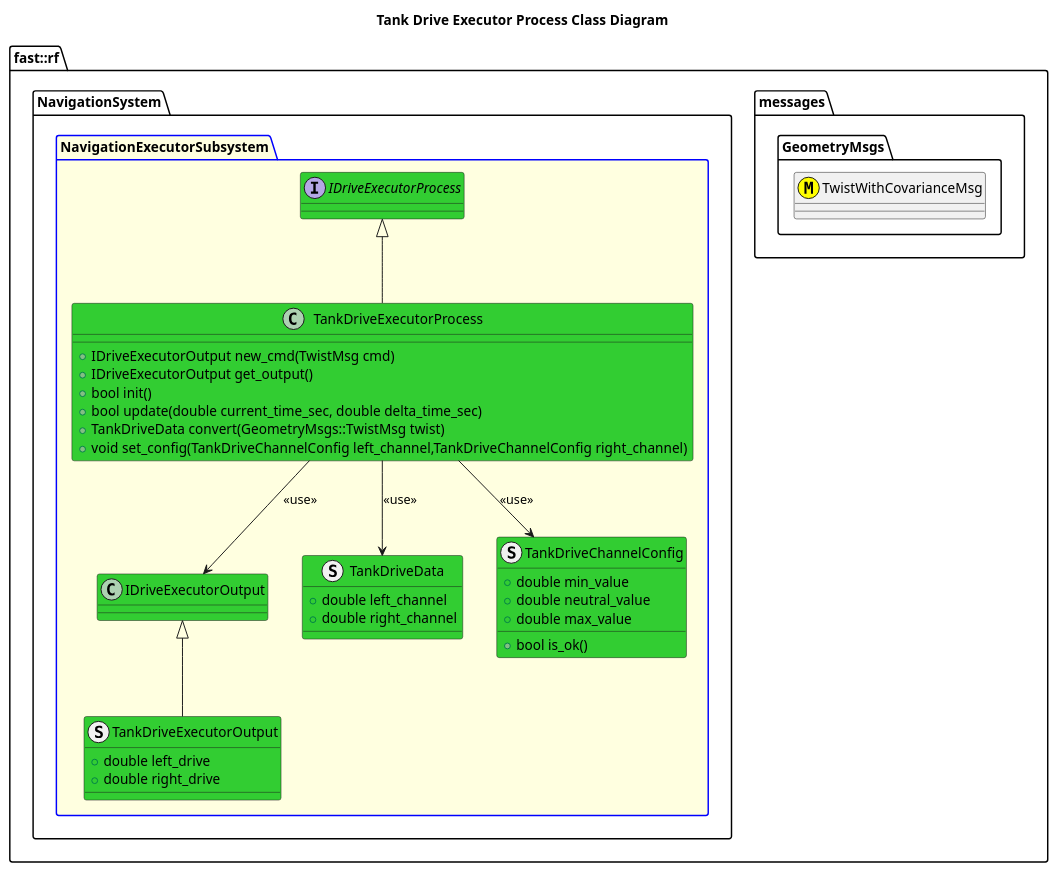
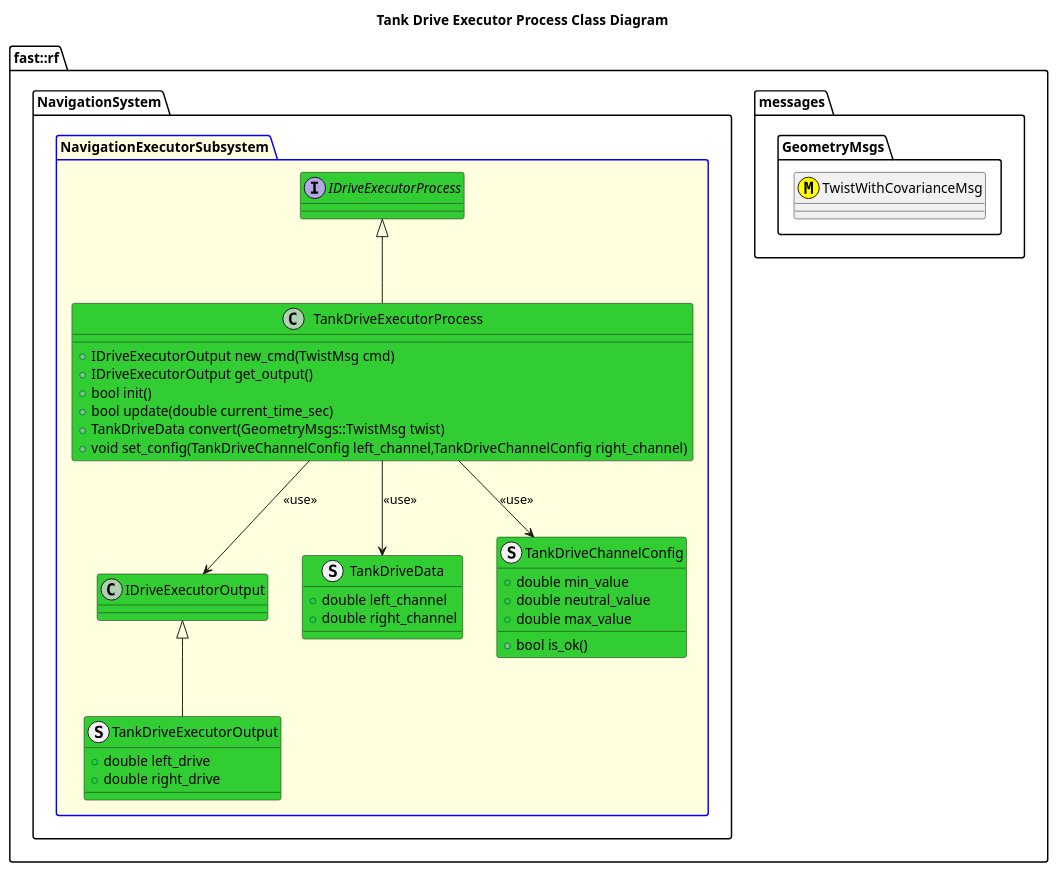
The diagram in Systems/Navigation/Subsystems/NavigationExecutor/Processes/DriveExecutor/doc/ProcessImplementations/puml/TankDriveExecutorClassDiagram.puml (fastrobotics/robot_framework), drawn with PlantUML before and after one commit. The commit also changed 118 other files, not shown here.

```diff
--- a/Systems/Navigation/Subsystems/NavigationExecutor/Processes/DriveExecutor/doc/ProcessImplementations/puml/TankDriveExecutorClassDiagram.puml
+++ b/Systems/Navigation/Subsystems/NavigationExecutor/Processes/DriveExecutor/doc/ProcessImplementations/puml/TankDriveExecutorClassDiagram.puml
@@ -1,46 +1,46 @@
 @startuml
 title Tank Drive Executor Process Class Diagram
 
 namespace fast::rf {
   namespace messages {
     namespace GeometryMsgs {
       class TwistWithCovarianceMsg <<(M,#FFFF00)>>
     }
   }
   namespace NavigationSystem {
     package NavigationExecutorSubsystem #LightYellow;line:blue {
       interface IDriveExecutorProcess #LimeGreen
       class IDriveExecutorOutput #LimeGreen
       struct TankDriveData #LimeGreen {
           +double left_channel
           +double right_channel
       }
       struct TankDriveChannelConfig #LimeGreen {
           +double min_value
           +double neutral_value
           +double max_value
           +bool is_ok()
       }
       struct TankDriveExecutorOutput #LimeGreen {
           +double left_drive
           +double right_drive
       }
       TankDriveExecutorOutput -up-|> IDriveExecutorOutput
       class TankDriveExecutorProcess #LimeGreen {
           +IDriveExecutorOutput new_cmd(TwistMsg cmd)
           +IDriveExecutorOutput get_output()
           +bool init()
-          +bool update(double current_time_sec, double delta_time_sec)
+          +bool update(double current_time_sec)
           +TankDriveData convert(GeometryMsgs::TwistMsg twist)
           +void set_config(TankDriveChannelConfig left_channel,TankDriveChannelConfig right_channel)
       }
       TankDriveExecutorProcess -up-|> IDriveExecutorProcess
       TankDriveExecutorProcess --> IDriveExecutorOutput: <<use>>
       TankDriveExecutorProcess --> TankDriveData: <<use>>
       TankDriveExecutorProcess --> TankDriveChannelConfig: <<use>>
 
       
     }
   }
 }
 @enduml
```
